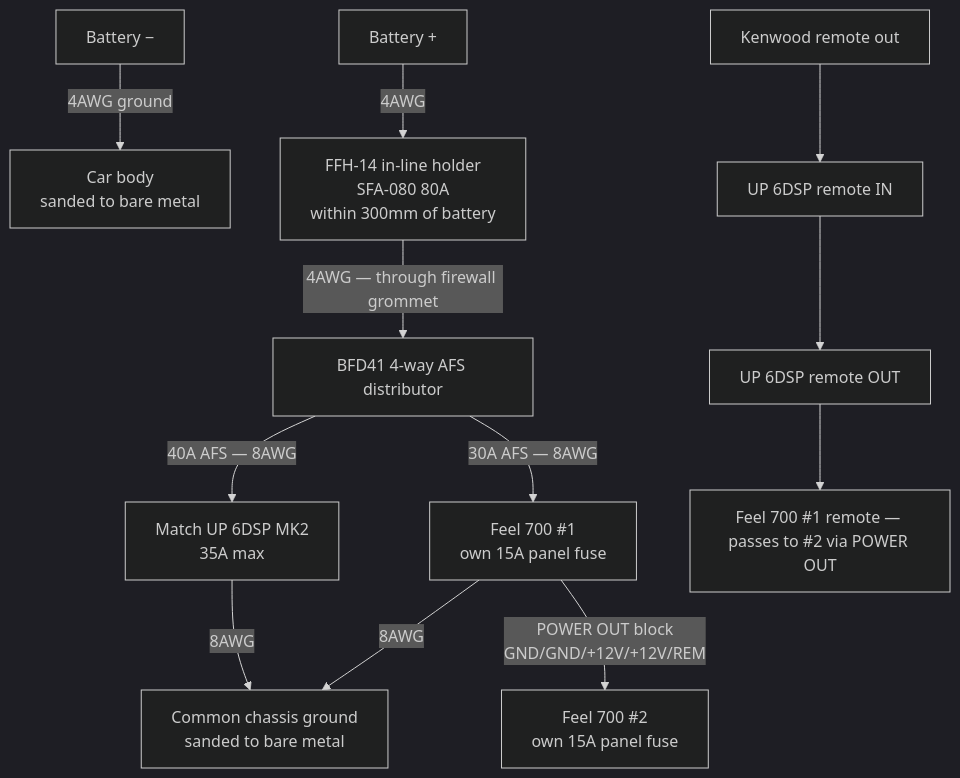
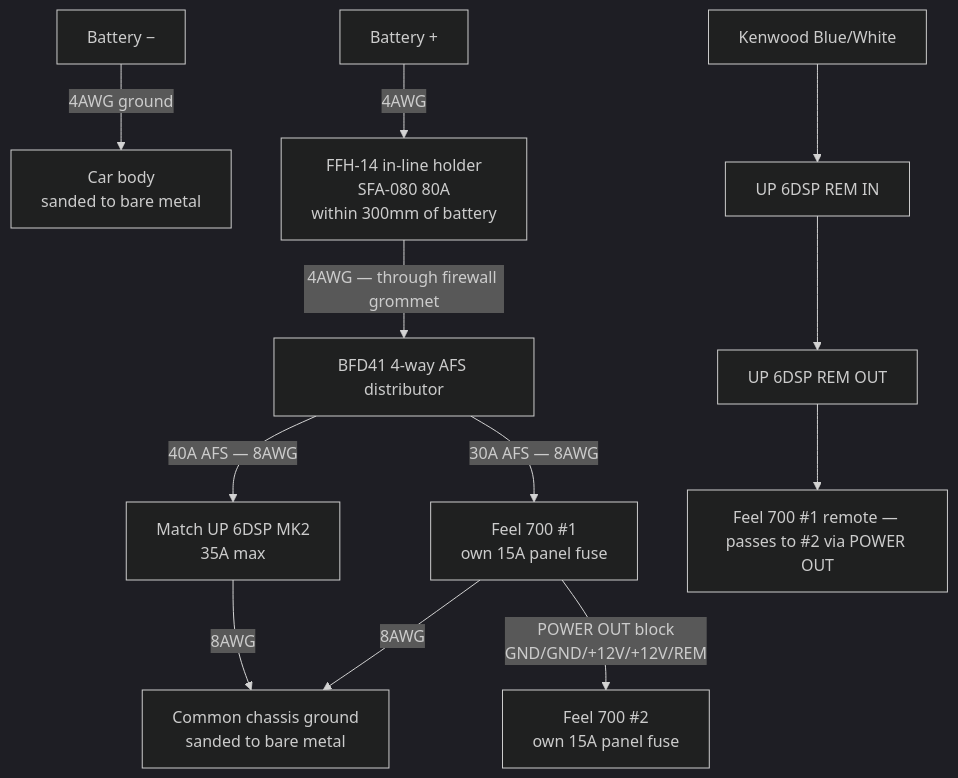
Before and after one commit to badsyntax/jimny-sound: the fourth of 4 diagrams in AUDIO-UPGRADE.md, drawn with Mermaid (dark theme). The commit also changed other lines of this file, not shown here.

````diff
--- a/AUDIO-UPGRADE.md
+++ b/AUDIO-UPGRADE.md
@@ -242,14 +209,14 @@
 ```mermaid
 flowchart TD
     BATN["Battery −"] -->|"4AWG ground"| BODY["Car body<br/>sanded to bare metal"]
     BAT["Battery +"] -->|"4AWG"| FFH["FFH-14 in-line holder<br/>SFA-080 80A<br/>within 300mm of battery"]
     FFH -->|"4AWG — through firewall grommet"| BFD["BFD41 4-way AFS distributor"]
     BFD -->|"40A AFS — 8AWG"| AMP["Match UP 6DSP MK2<br/>35A max"]
     BFD -->|"30A AFS — 8AWG"| S1["Feel 700 #1<br/>own 15A panel fuse"]
     S1 -->|"POWER OUT block<br/>GND/GND/+12V/+12V/REM"| S2["Feel 700 #2<br/>own 15A panel fuse"]
     AMP -->|"8AWG"| GND["Common chassis ground<br/>sanded to bare metal"]
     S1 -->|"8AWG"| GND
-    REM["Kenwood remote out"] --> AMPREM["UP 6DSP remote IN"]
-    AMPREM --> AMPROUT["UP 6DSP remote OUT"]
+    REM["Kenwood Blue/White"] --> AMPREM["UP 6DSP REM IN"]
+    AMPREM --> AMPROUT["UP 6DSP REM OUT"]
     AMPROUT --> S1R["Feel 700 #1 remote — passes to #2 via POWER OUT"]
 ```
````
